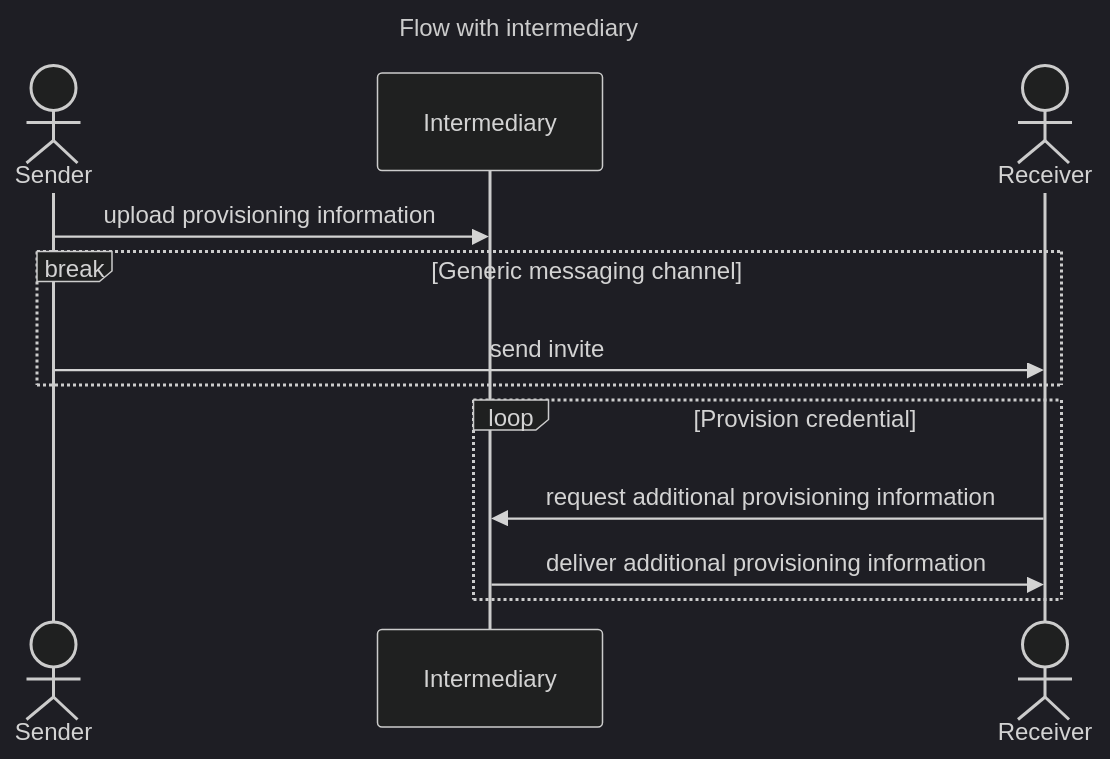
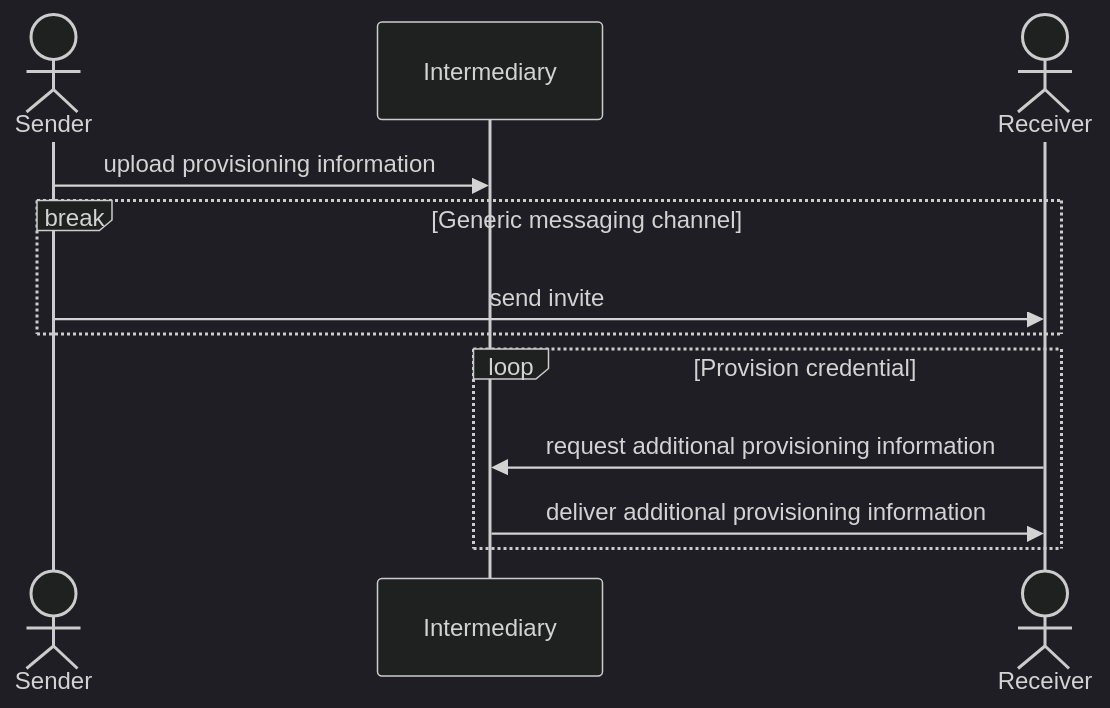
The second of 3 diagrams in draft-tigress-general-requirements.md (dimmyvi/tigress-general-requirements), drawn with Mermaid (dark theme) before and after one commit. The commit also changed other lines of this file, not shown here.

````diff
--- a/draft-tigress-general-requirements.md
+++ b/draft-tigress-general-requirements.md
@@ -128,17 +134,14 @@
 ```mermaid
----
-title: Flow with intermediary
----
 sequenceDiagram
     actor S as Sender
     participant I as Intermediary
     actor R as Receiver
     S ->> I : upload provisioning information
     break Generic messaging channel
       S ->> R : send invite
     end
     Loop Provision credential
       R ->> I : request additional provisioning information
       I ->> R : deliver additional provisioning information
     end
 ```
````
